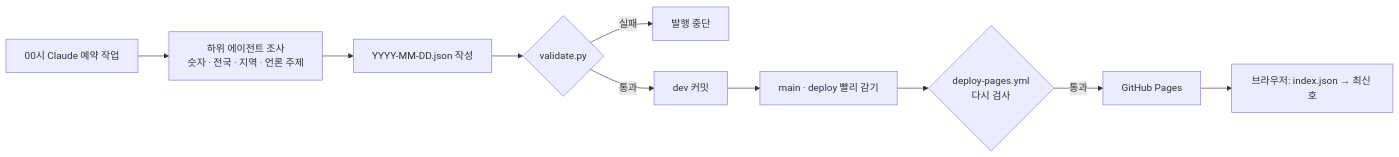
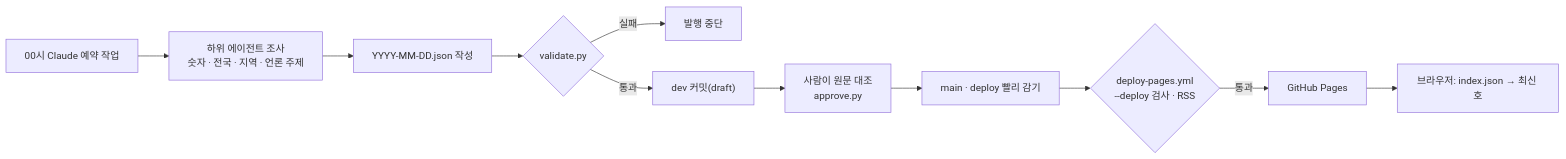
The diagram in docs/portfolio/02-architecture.md (MinsangKwak/korea-jogan), drawn with Mermaid before and after one commit. The commit also changed other lines of this file and 2 other files, not shown here.

Commit message:
docs: 승인·정정·아카이브·지표 반영해 README와 구조 문서 갱신
Claude-Session: https://claude.ai/code/session_01M2GaHRBNPAVbwEe3uauGLX

````diff
--- a/docs/portfolio/02-architecture.md
+++ b/docs/portfolio/02-architecture.md
@@ -7,12 +7,13 @@
 ```mermaid
 flowchart LR
     A["00시 Claude 예약 작업"] --> B["하위 에이전트 조사<br/>숫자 · 전국 · 지역 · 언론 주제"]
     B --> C["YYYY-MM-DD.json 작성"]
     C --> D{"validate.py"}
     D -- 실패 --> X["발행 중단"]
-    D -- 통과 --> E["dev 커밋"]
-    E --> F["main · deploy 빨리 감기"]
-    F --> G{"deploy-pages.yml<br/>다시 검사"}
+    D -- 통과 --> E["dev 커밋(draft)"]
+    E --> R["사람이 원문 대조<br/>approve.py"]
+    R --> F["main · deploy 빨리 감기"]
+    F --> G{"deploy-pages.yml<br/>--deploy 검사 · RSS"}
     G -- 통과 --> H["GitHub Pages"]
     H --> U["브라우저: index.json → 최신 호"]
 ```
````
